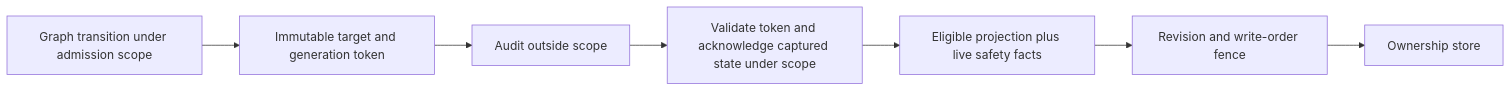
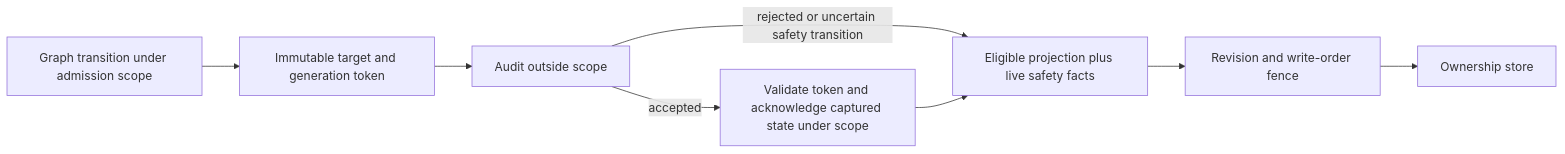
The seventh of 8 diagrams in docs/adr/todo/329-subagents.md (nessalabs/nessa-agent), drawn with Mermaid before and after one commit. The commit also changed other lines of this file and 1 other file, not shown here.

Commit message:
docs(sdk): describe transfer and safety publication boundaries

````diff
--- a/docs/adr/todo/329-subagents.md
+++ b/docs/adr/todo/329-subagents.md
@@ -716,9 +716,10 @@
 ```mermaid
 flowchart LR
   Transition[Graph transition under admission scope] --> Token[Immutable target and generation token]
   Token --> Audit[Audit outside scope]
-  Audit --> Ack[Validate token and acknowledge captured state under scope]
+  Audit -->|accepted| Ack[Validate token and acknowledge captured state under scope]
+  Audit -->|rejected or uncertain safety transition| Projection
   Ack --> Projection[Eligible projection plus live safety facts]
   Projection --> Fence[Revision and write-order fence]
   Fence --> Store[Ownership store]
 ```
````
